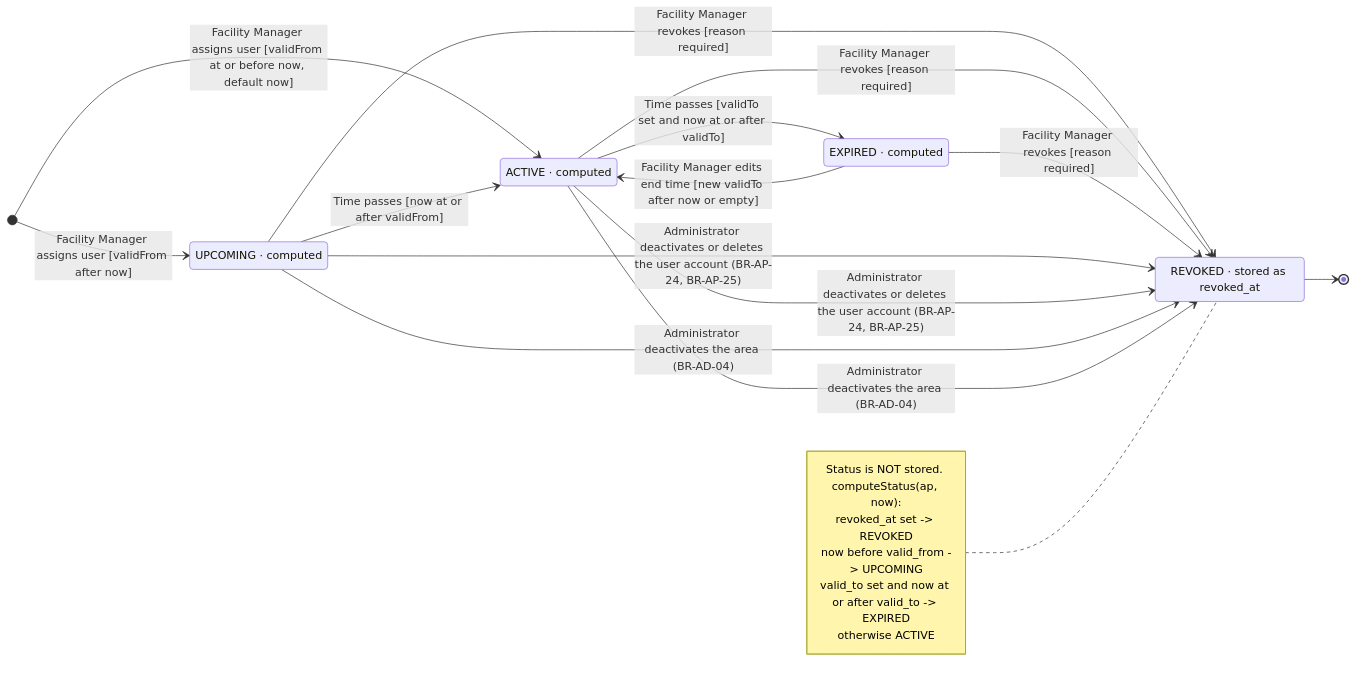
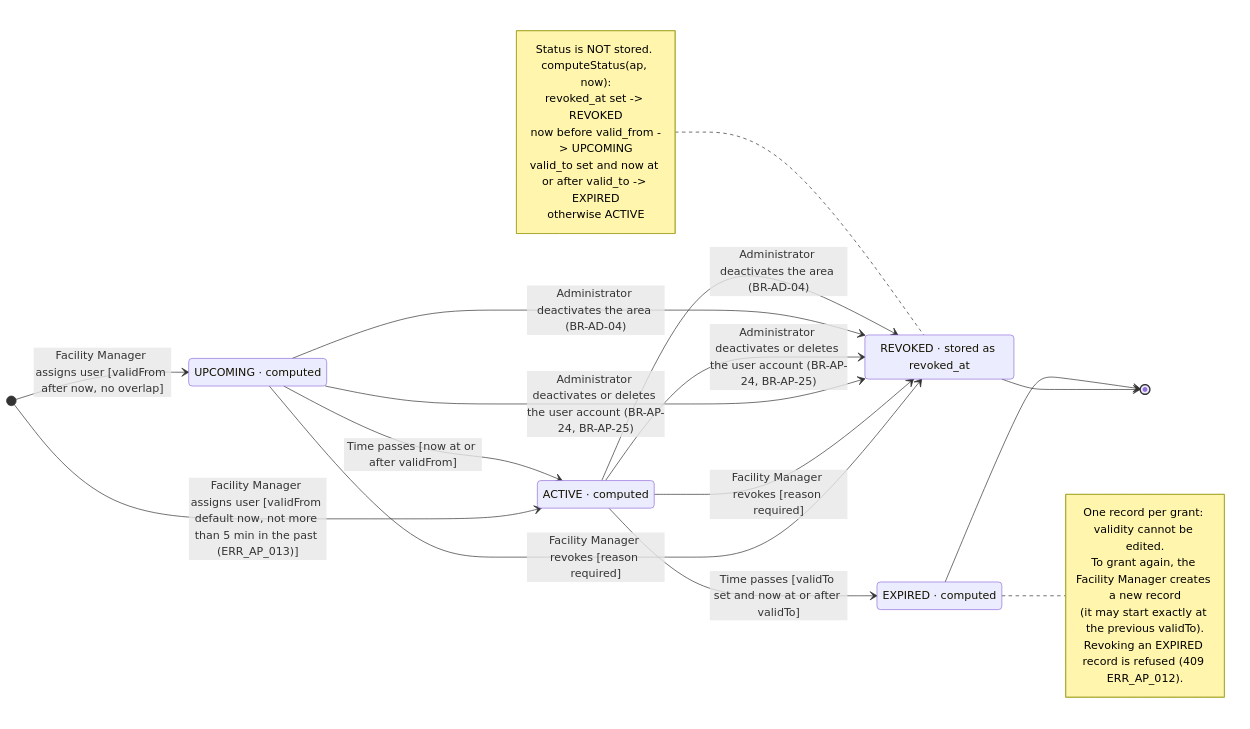
Before and after one commit to AnhHao2505/AI-Based-Intelligent-Campus-Security-Surveillance-System: the diagram in docs/diagrams/state-assigned-personnel.mmd, drawn with Mermaid. The commit also changed 7 other files, not shown here.

Commit message:
docs(diagrams): update for access rules (no late review, system finish, one grant per record, schedules only)

```diff
--- a/docs/diagrams/state-assigned-personnel.mmd
+++ b/docs/diagrams/state-assigned-personnel.mmd
@@ -1,34 +1,40 @@
-%% Title: SM-04 Assigned personnel (AP) status · Source: enums/AssignedPersonnelStatus.java, service/AreaAssignedPersonnelService.java (create, updateValidTo, revoke, revokeAllOfUser, computeStatus), service/AreaService.java (revokeAssignedPersonnelOnDeactivation), service/UserService.java · Generated from main @ 84f5565
+%% Title: SM-04 Assigned personnel (AP) status · Source: enums/AssignedPersonnelStatus.java, service/AreaAssignedPersonnelService.java (create, revoke, revokeAllOfUser, computeStatus), service/AreaService.java (revokeAssignedPersonnelOnDeactivation), service/UserService.java · Generated from main @ 84c7760
 stateDiagram-v2
     direction LR
 
     state "UPCOMING · computed" as UPCOMING
     state "ACTIVE · computed" as ACTIVE
     state "EXPIRED · computed" as EXPIRED
     state "REVOKED · stored as revoked_at" as REVOKED
 
-    [*] --> UPCOMING : Facility Manager assigns user [validFrom after now]
-    [*] --> ACTIVE : Facility Manager assigns user [validFrom at or before now, default now]
+    [*] --> UPCOMING : Facility Manager assigns user [validFrom after now, no overlap]
+    [*] --> ACTIVE : Facility Manager assigns user [validFrom default now, not more than 5 min in the past (ERR_AP_013)]
 
     UPCOMING --> ACTIVE : Time passes [now at or after validFrom]
     ACTIVE --> EXPIRED : Time passes [validTo set and now at or after validTo]
-    EXPIRED --> ACTIVE : Facility Manager edits end time [new validTo after now or empty]
 
     UPCOMING --> REVOKED : Facility Manager revokes [reason required]
     ACTIVE --> REVOKED : Facility Manager revokes [reason required]
-    EXPIRED --> REVOKED : Facility Manager revokes [reason required]
 
     UPCOMING --> REVOKED : Administrator deactivates or deletes the user account (BR-AP-24, BR-AP-25)
     ACTIVE --> REVOKED : Administrator deactivates or deletes the user account (BR-AP-24, BR-AP-25)
     UPCOMING --> REVOKED : Administrator deactivates the area (BR-AD-04)
     ACTIVE --> REVOKED : Administrator deactivates the area (BR-AD-04)
 
     REVOKED --> [*]
+    EXPIRED --> [*]
+
+    note right of EXPIRED
+        One record per grant: validity cannot be edited.
+        To grant again, the Facility Manager creates a new record
+        (it may start exactly at the previous validTo).
+        Revoking an EXPIRED record is refused (409 ERR_AP_012).
+    end note
 
     note left of REVOKED
         Status is NOT stored. computeStatus(ap, now):
         revoked_at set -> REVOKED
         now before valid_from -> UPCOMING
         valid_to set and now at or after valid_to -> EXPIRED
         otherwise ACTIVE
     end note
```
